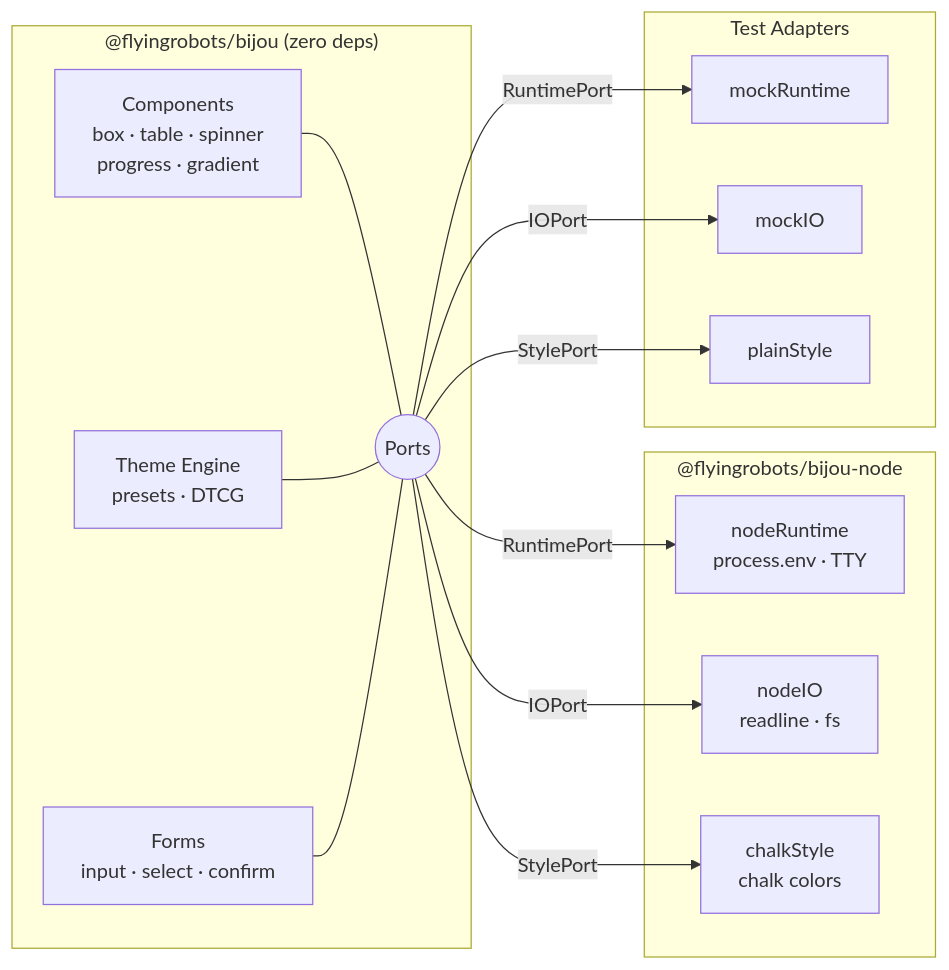
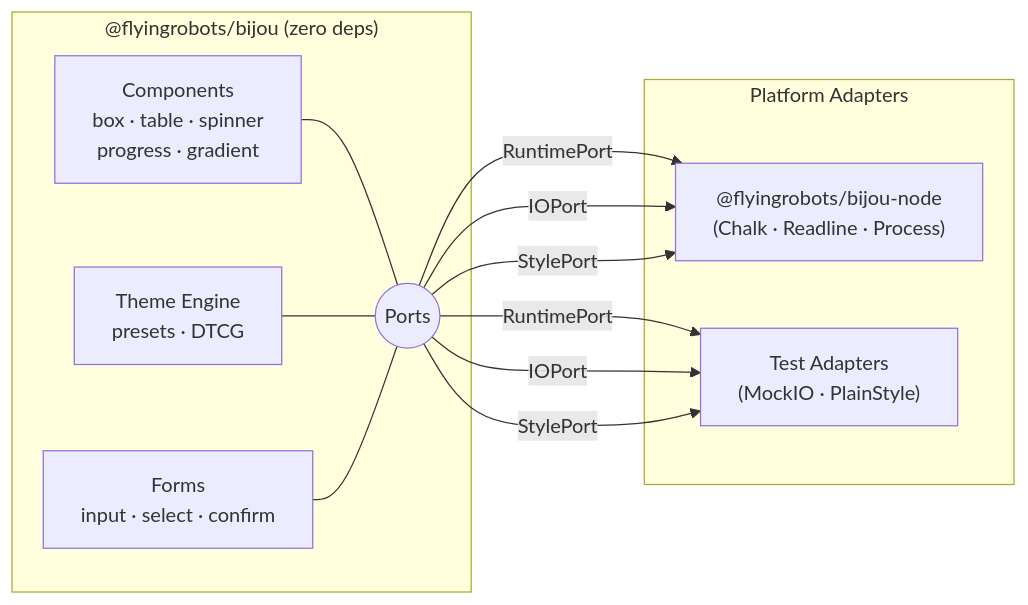
One commit to flyingrobots/bijou changed the diagram in README.md. Above: the diagram before and after it, drawn with Mermaid. The commit also changed other lines of this file and 13 other files, not shown here.

````diff
--- a/README.md
+++ b/README.md
@@ -64,32 +102,25 @@
 ```mermaid
 graph LR
   subgraph Core ["@flyingrobots/bijou (zero deps)"]
     Components[Components\nbox · table · spinner\nprogress · gradient]
     Theme[Theme Engine\npresets · DTCG]
     Forms[Forms\ninput · select · confirm]
     Ports((Ports))
     Components --- Ports
     Theme --- Ports
     Forms --- Ports
   end
 
-  subgraph Node ["@flyingrobots/bijou-node"]
-    NR[nodeRuntime\nprocess.env · TTY]
-    NI[nodeIO\nreadline · fs]
-    NS[chalkStyle\nchalk colors]
+  subgraph Adapters ["Platform Adapters"]
+    Node["@flyingrobots/bijou-node\n(Chalk · Readline · Process)"]
+    Test["Test Adapters\n(MockIO · PlainStyle)"]
   end
 
-  subgraph Test [Test Adapters]
-    MR[mockRuntime]
-    MI[mockIO]
-    PS[plainStyle]
-  end
+  Ports -- RuntimePort --> Node
+  Ports -- IOPort --> Node
+  Ports -- StylePort --> Node
 
-  Ports -- RuntimePort --> NR
-  Ports -- IOPort --> NI
-  Ports -- StylePort --> NS
-
-  Ports -- RuntimePort --> MR
-  Ports -- IOPort --> MI
-  Ports -- StylePort --> PS
+  Ports -- RuntimePort --> Test
+  Ports -- IOPort --> Test
+  Ports -- StylePort --> Test
 ```
````
